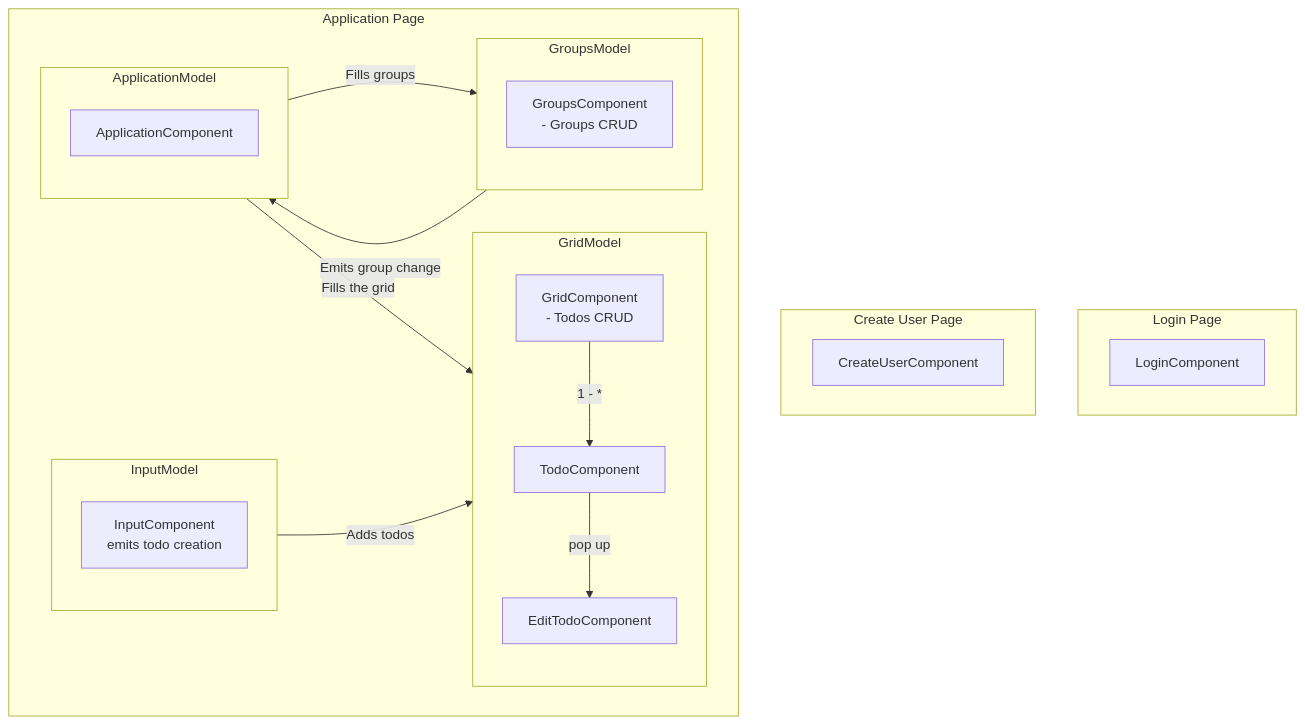
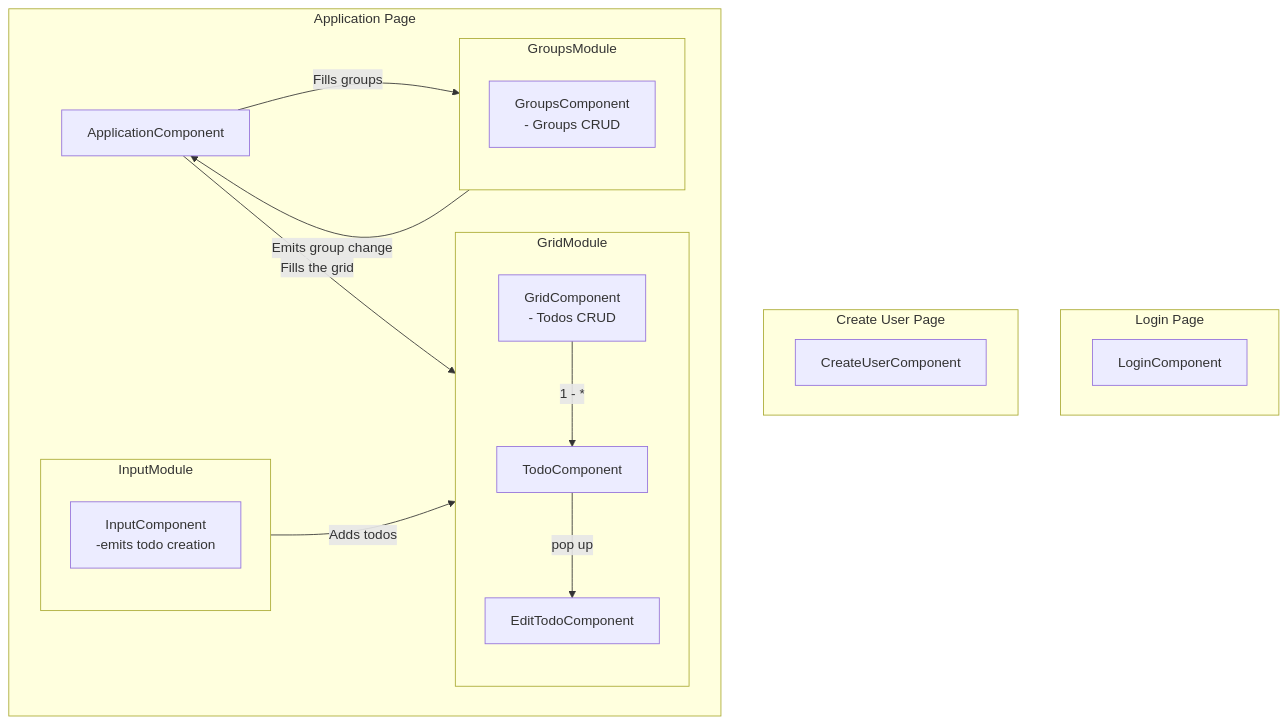
The diagram in README.md (Mateus-Mannes/TodoWebApp), drawn with Mermaid before and after one commit.

````diff
--- a/README.md
+++ b/README.md
@@ -13,42 +13,40 @@
 ``` mermaid
 flowchart TB
   subgraph Login Page
     LoginComponent
   end
 
   subgraph Create User Page
     CreateUserComponent
   end
 
   subgraph Application Page
     
-    subgraph ApplicationModel
-      ApplicationComponent
-    end
+    ApplicationComponent
     
-    subgraph GroupsModel
+    subgraph GroupsModule
       GroupsComponent[GroupsComponent \n - Groups CRUD]
     end
 
-    ApplicationModel -- Fills groups --> GroupsModel
+    ApplicationComponent -- Fills groups --> GroupsModule
 
-    GroupsModel -- Emits group change --> ApplicationModel
+    GroupsModule -- Emits group change --> ApplicationComponent
 
-    subgraph GridModel
+    subgraph GridModule
       GridComponent[GridComponent \n - Todos CRUD]
       -- 1 - * -->
       TodoComponent
 
       TodoComponent -- pop up -->EditTodoComponent
     end
 
-    ApplicationModel -- Fills the grid --> GridModel
+    ApplicationComponent -- Fills the grid --> GridModule
 
-    subgraph InputModel
-      InputComponent[InputComponent \n emits todo creation]
+    subgraph InputModule
+      InputComponent[InputComponent \n -emits todo creation]
     end
 
-    InputModel -- Adds todos --> GridModel
+    InputModule -- Adds todos --> GridModule
 
   end
 ```
````
